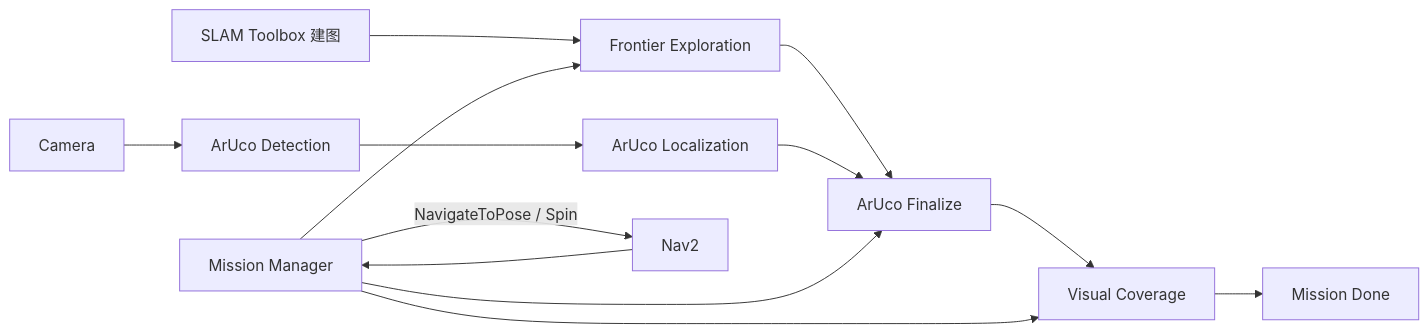
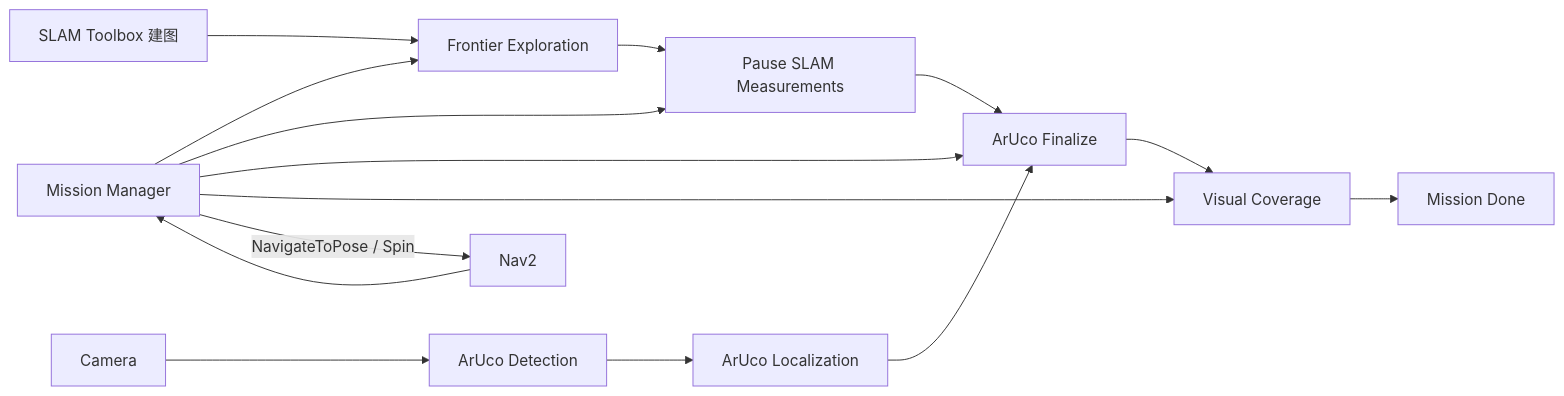
One commit to lingxu-guo/metr4202_2026_team13 changed the diagram in README.md. Above: the diagram before and after it, drawn with Mermaid. The commit also changed other lines of this file and 4 other files, not shown here.

Commit message:
feat: freeze SLAM before coverage

````diff
--- a/README.md
+++ b/README.md
@@ -9,17 +9,19 @@
 ```mermaid
 flowchart LR
     SLAM[SLAM Toolbox 建图] --> EXP[Frontier Exploration]
-    EXP --> FINAL[ArUco Finalize]
+    EXP --> FREEZE[Pause SLAM Measurements]
+    FREEZE --> FINAL[ArUco Finalize]
     FINAL --> COV[Visual Coverage]
     COV --> DONE[Mission Done]
 
     CAM[Camera] --> DET[ArUco Detection]
     DET --> LOC[ArUco Localization]
     LOC --> FINAL
 
     MM[Mission Manager] --> EXP
+    MM --> FREEZE
     MM --> FINAL
     MM --> COV
     MM -->|NavigateToPose / Spin| NAV2[Nav2]
     NAV2 --> MM
 ```
````
